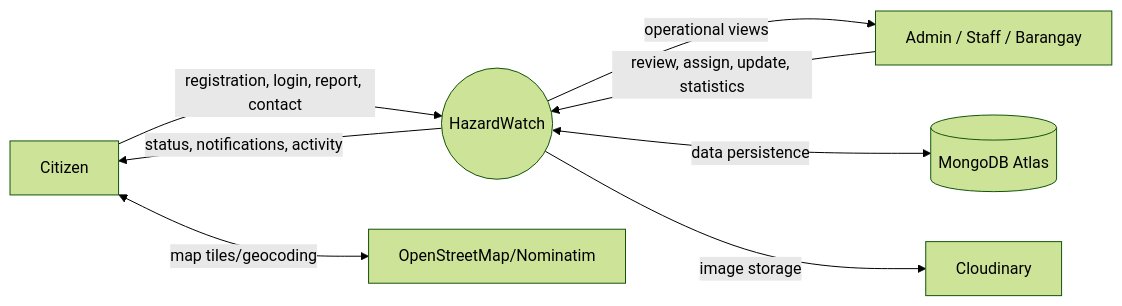
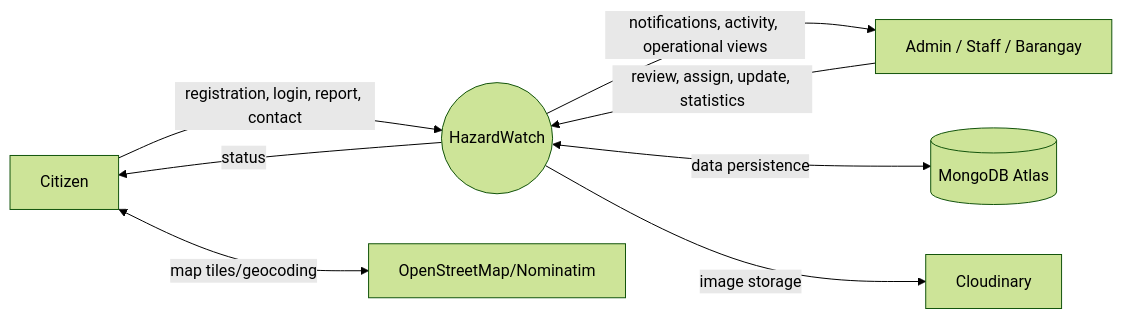
The second of 5 diagrams in docs/architecture.md (ImEmer/hazardwatch-dagupan), drawn with Mermaid (forest theme) before and after one commit. The commit also changed 20 other files, not shown here.

````diff
--- a/docs/architecture.md
+++ b/docs/architecture.md
@@ -19,10 +19,10 @@
 ```mermaid
 flowchart LR
   Citizen[Citizen] -->|registration, login, report, contact| HW((HazardWatch))
   Staff[Admin / Staff / Barangay] -->|review, assign, update, statistics| HW
-  HW -->|status, notifications, activity| Citizen
-  HW -->|operational views| Staff
+  HW -->|status| Citizen
+  HW -->|notifications, activity, operational views| Staff
   HW <-->|data persistence| DB[(MongoDB Atlas)]
   HW -->|image storage| Media[Cloudinary]
   Citizen <-->|map tiles/geocoding| Maps[OpenStreetMap/Nominatim]
 ```
````
